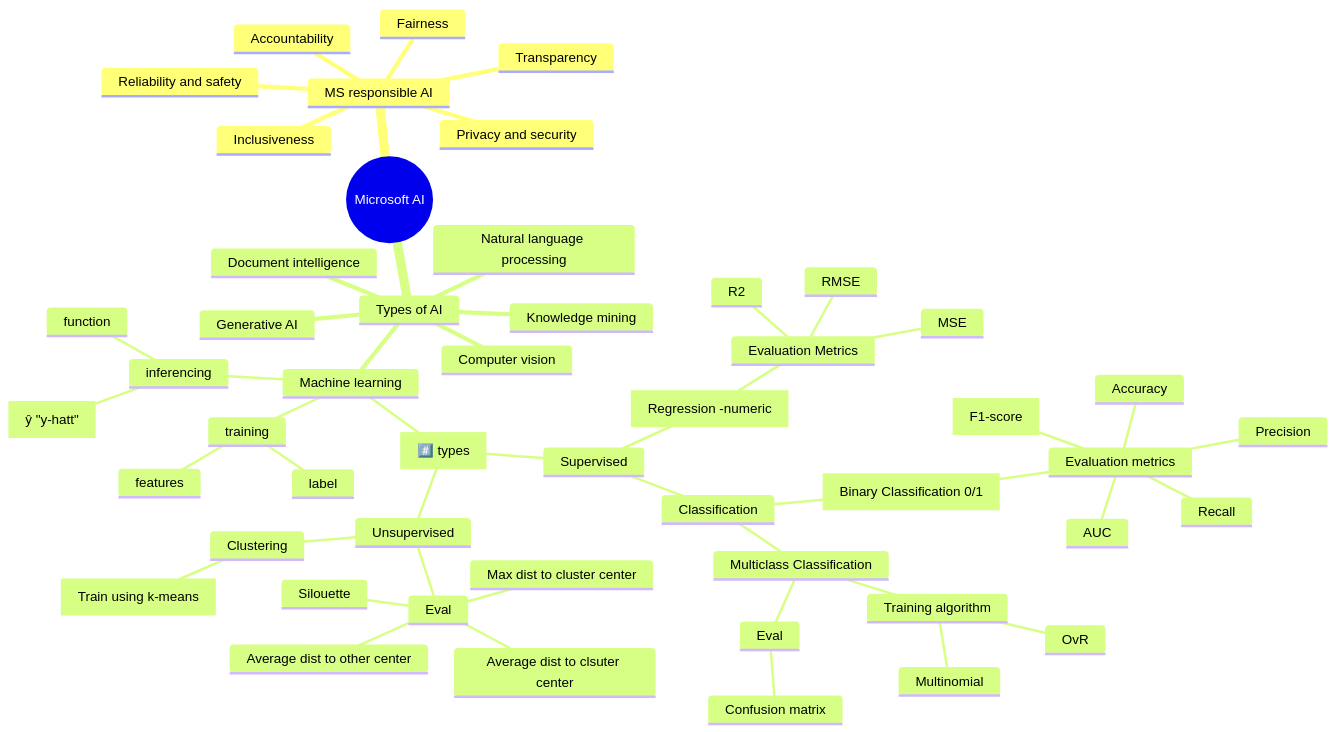
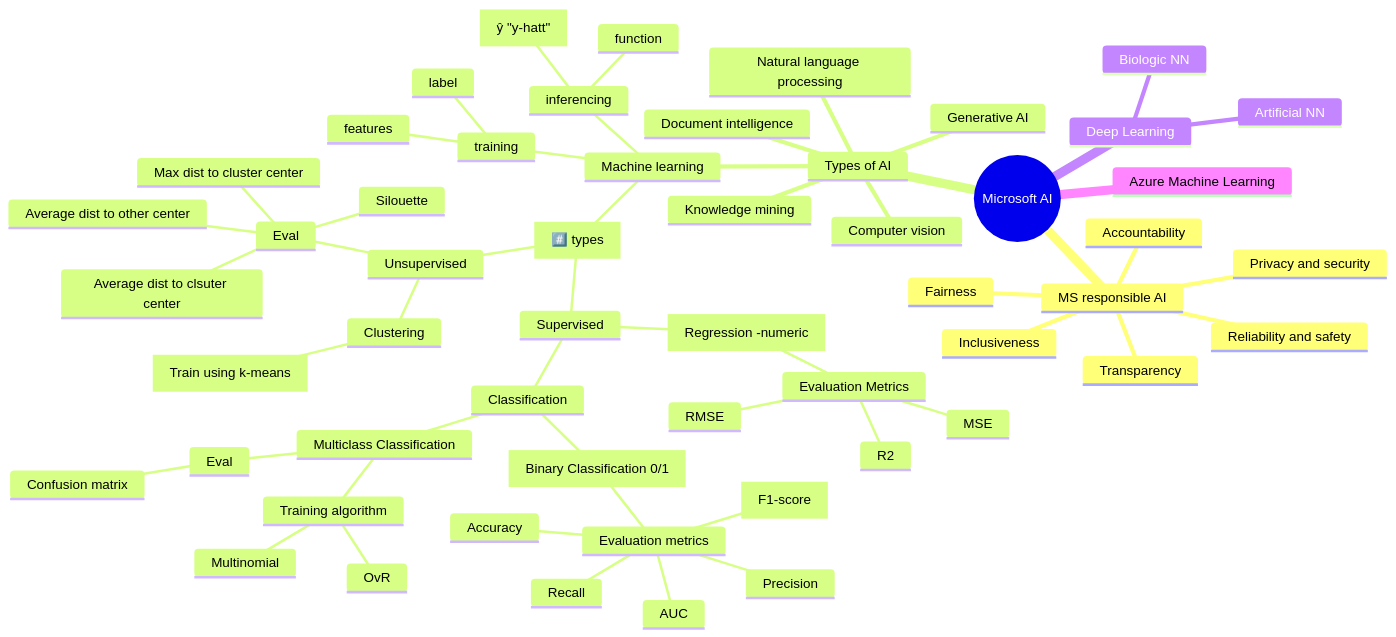
The diagram in azure-ai-fundamentals.md (gitstua/Mindmaps), drawn with Mermaid before and after one commit.

````diff
--- a/azure-ai-fundamentals.md
+++ b/azure-ai-fundamentals.md
@@ -5,54 +5,57 @@
 ```mermaid
 mindmap
   root((Microsoft AI))
     MS responsible AI
       Fairness
       Reliability and safety
       Privacy and security
       Inclusiveness
       Transparency
       Accountability  
     Types of AI
       Machine learning
         [#️⃣ types]
           Supervised
             [Regression -numeric]
               Evaluation Metrics
                 MSE
                 RMSE
                 R2
             Classification
               [Binary Classification 0/1]
                 Evaluation metrics
                   Accuracy
                   Recall
                   Precision
                   [F1-score]
                   AUC
               Multiclass Classification
                 Training algorithm
                   OvR
                   Multinomial
                 Eval
                   Confusion matrix
           Unsupervised
             Clustering
               [Train using k-means]
             Eval
               Average dist to clsuter center
               Average dist to other center
               Max dist to cluster center
               Silouette
         training
           features
           label
         inferencing
           function
           [ŷ "y-hatt"]
       Computer vision
       Natural language processing
       Document intelligence
       Knowledge mining
       Generative AI
-      
+    Deep Learning
+      Biologic NN
+      Artificial NN
+    Azure Machine Learning
 ```
````
